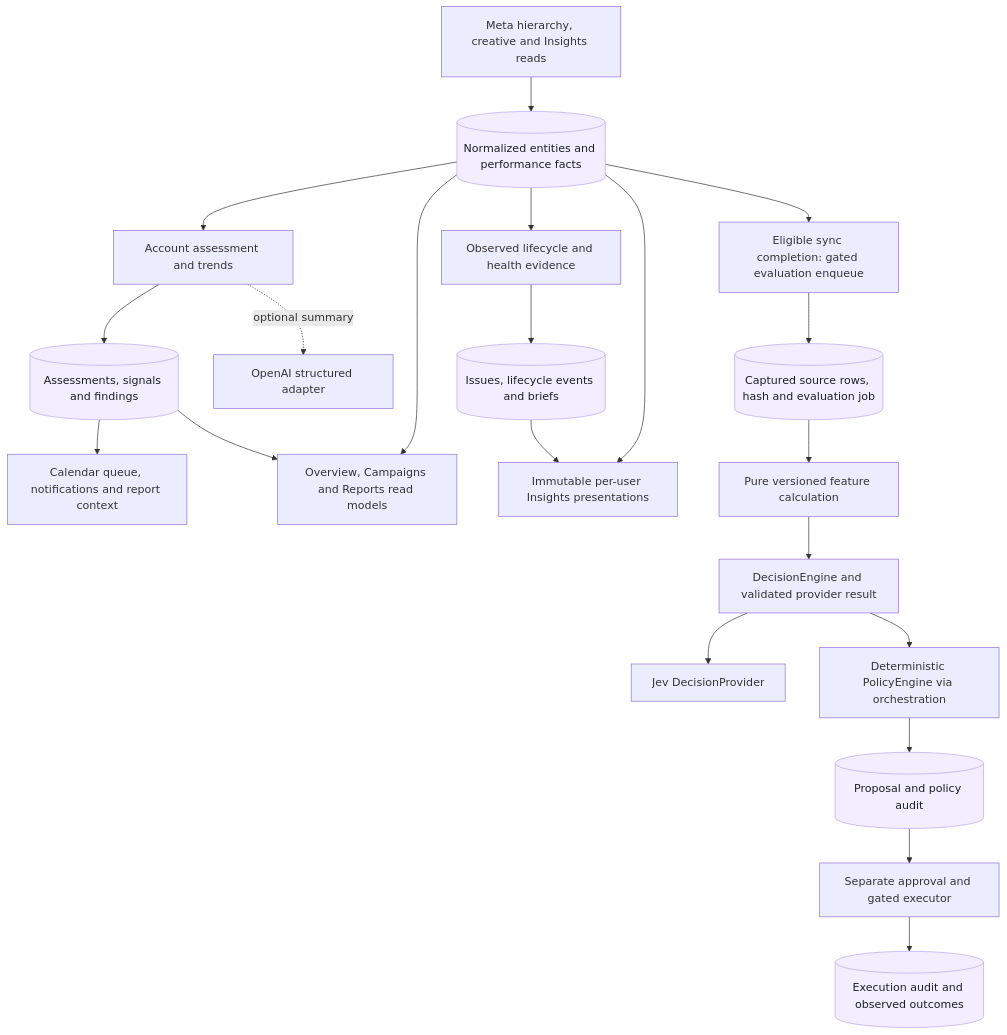
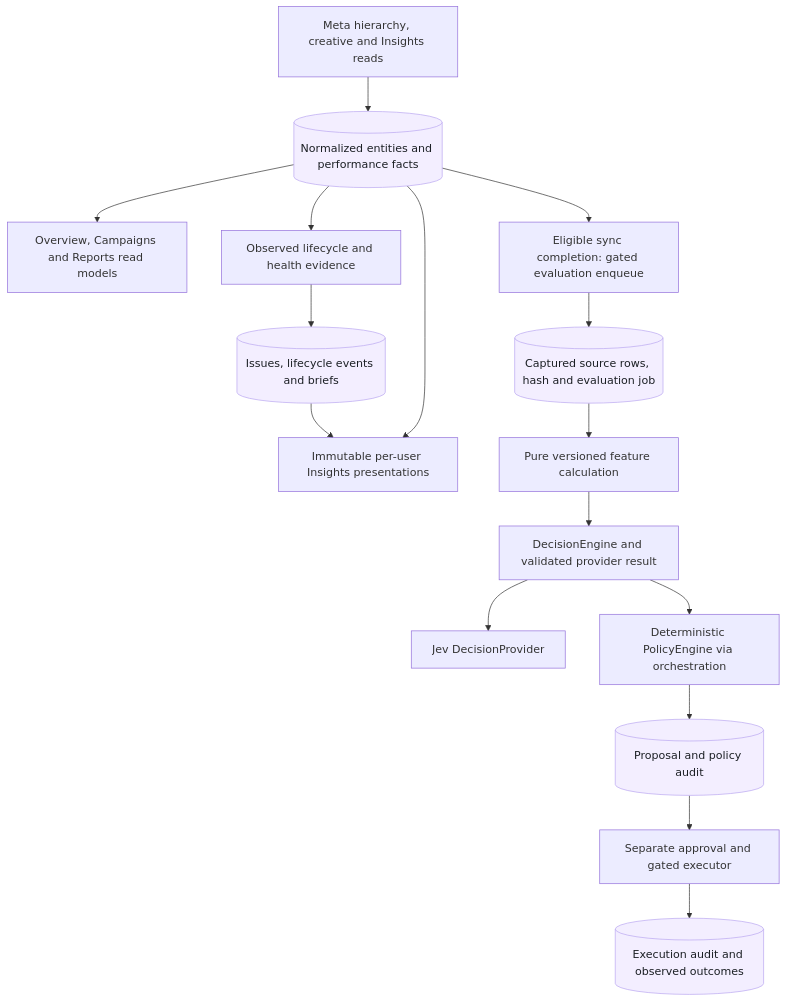
The third of 5 diagrams in docs/FLOWS.md (Yengner/DeepVisor), drawn with Mermaid before and after one commit. The commit also changed other lines of this file and 12 other files, not shown here.

````diff
--- a/docs/FLOWS.md
+++ b/docs/FLOWS.md
@@ -145,25 +145,20 @@
 ```mermaid
 flowchart TD
   M[Meta hierarchy, creative and Insights reads] --> F[(Normalized entities and performance facts)]
-  F --> A[Account assessment and trends]
-  A --> S[(Assessments, signals and findings)]
-  A -.->|optional summary| O[OpenAI structured adapter]
-  S --> Q[Calendar queue, notifications and report context]
   F --> V[Overview, Campaigns and Reports read models]
-  S --> V
   F --> L[Observed lifecycle and health evidence]
   L --> I[(Issues, lifecycle events and briefs)]
   I --> P[Immutable per-user Insights presentations]
   F --> P
   F --> J[Eligible sync completion: gated evaluation enqueue]
   J --> E[(Captured source rows, hash and evaluation job)]
   E --> B[Pure versioned feature calculation]
   B --> D[DecisionEngine and validated provider result]
   D --> JE[Jev DecisionProvider]
   D --> PO[Deterministic PolicyEngine via orchestration]
   PO --> R[(Proposal and policy audit)]
   R --> X[Separate approval and gated executor]
   X --> U[(Execution audit and observed outcomes)]
   classDef data fill:#f3eeff,stroke:#b9a6f0,color:#1b1f24
-  class F,S,I,E,R,U data
+  class F,I,E,R,U data
 ```
````
